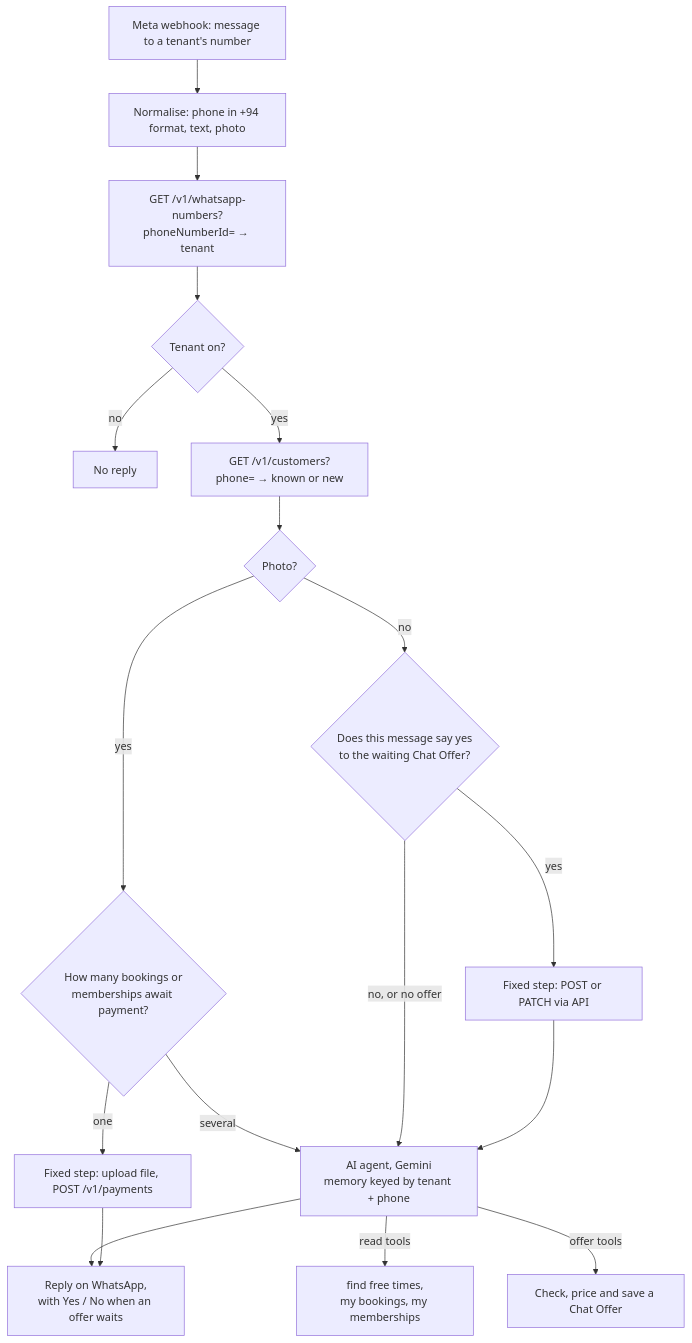
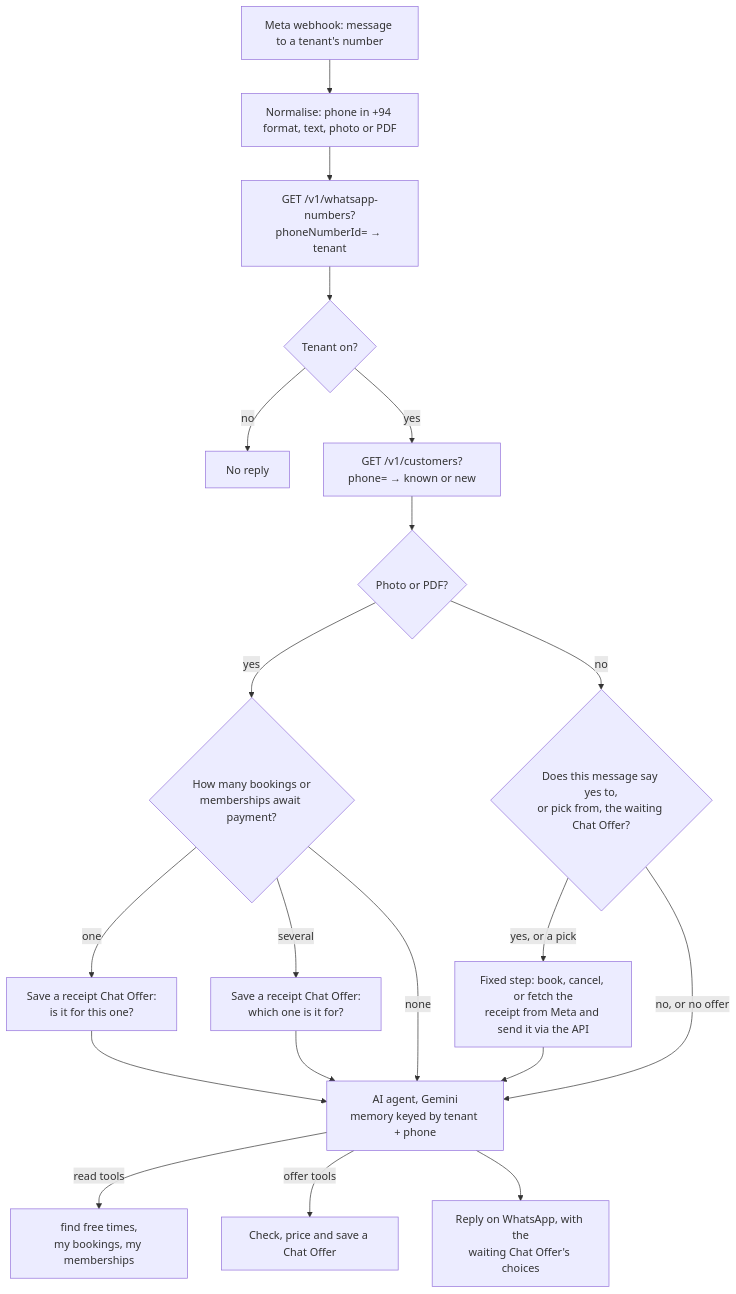
Before and after one commit to Nasrullaunais/Merivo-Turftap: the diagram in docs/architecture/assistant.md, drawn with Mermaid. The commit also changed other lines of this file and 17 other files, not shown here.

First line of the commit message:
Let customers send their transfer receipt in the Assistant chat (T38) (#48)

````diff
--- a/docs/architecture/assistant.md
+++ b/docs/architecture/assistant.md
@@ -7,20 +7,22 @@
 ```mermaid
 flowchart TD
-  wa[Meta webhook: message to a tenant's number] --> norm[Normalise: phone in +94 format, text, photo]
+  wa[Meta webhook: message to a tenant's number] --> norm[Normalise: phone in +94 format, text, photo or PDF]
   norm --> tenant[GET /v1/whatsapp-numbers?phoneNumberId= → tenant]
   tenant --> off{Tenant on?}
   off -- no --> stop[No reply]
   off -- yes --> cust[GET /v1/customers?phone= → known or new]
-  cust --> photo{Photo?}
+  cust --> photo{Photo or PDF?}
   photo -- yes --> waiting{How many bookings or<br/>memberships await payment?}
-  waiting -- one --> receipt[Fixed step: upload file, POST /v1/payments]
-  waiting -- several --> agent
-  photo -- no --> offer{Does this message say yes<br/>to the waiting Chat Offer?}
-  offer -- yes --> write[Fixed step: POST or PATCH via API]
+  waiting -- one --> pick[Save a receipt Chat Offer:<br/>is it for this one?]
+  waiting -- several --> pick2[Save a receipt Chat Offer:<br/>which one is it for?]
+  waiting -- none --> agent
+  photo -- no --> offer{Does this message say yes to,<br/>or pick from, the waiting Chat Offer?}
+  offer -- "yes, or a pick" --> write[Fixed step: book, cancel, or fetch the<br/>receipt from Meta and send it via the API]
   offer -- no, or no offer --> agent
   write --> agent[AI agent, Gemini<br/>memory keyed by tenant + phone]
+  pick --> agent
+  pick2 --> agent
   agent -- read tools --> tools[find free times,<br/>my bookings, my memberships]
   agent -- offer tools --> save[Check, price and save a Chat Offer]
-  agent --> reply[Reply on WhatsApp,<br/>with Yes / No when an offer waits]
-  receipt --> reply
+  agent --> reply[Reply on WhatsApp, with the<br/>waiting Chat Offer's choices]
 ```
````
